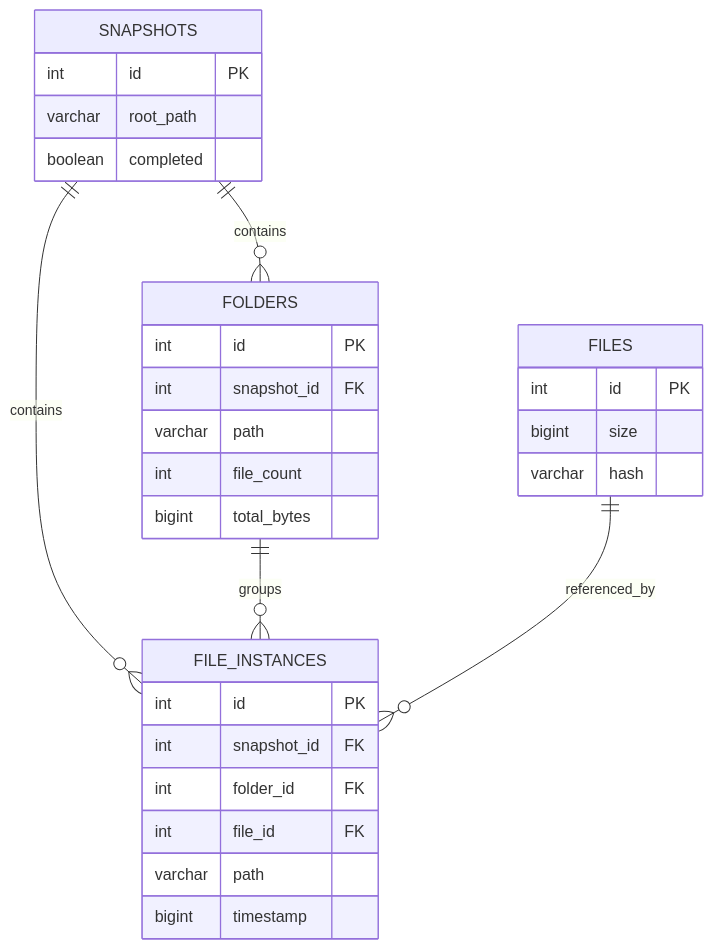
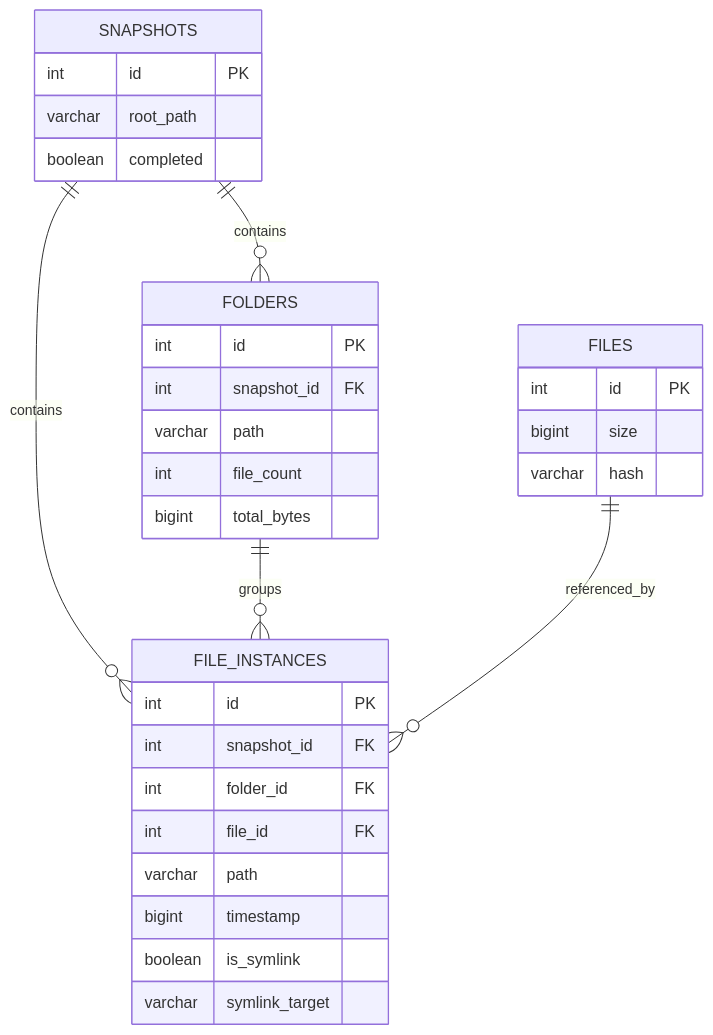
The second of 2 diagrams in README.md (cherba29/boveda), drawn with Mermaid before and after one commit. The commit also changed other lines of this file and 22 other files, not shown here.

````diff
--- a/README.md
+++ b/README.md
@@ -581,36 +582,38 @@
 ```mermaid
 erDiagram
     SNAPSHOTS ||--o{ FOLDERS : contains
     SNAPSHOTS ||--o{ FILE_INSTANCES : contains
     FOLDERS ||--o{ FILE_INSTANCES : groups
     FILES ||--o{ FILE_INSTANCES : referenced_by
 
     SNAPSHOTS {
         int id PK
         varchar root_path
         boolean completed
     }
 
     FOLDERS {
         int id PK
         int snapshot_id FK
         varchar path
         int file_count
         bigint total_bytes
     }
 
     FILES {
         int id PK
         bigint size
         varchar hash
     }
 
     FILE_INSTANCES {
         int id PK
         int snapshot_id FK
         int folder_id FK
         int file_id FK
         varchar path
         bigint timestamp
+        boolean is_symlink
+        varchar symlink_target
     }
 ```
````
